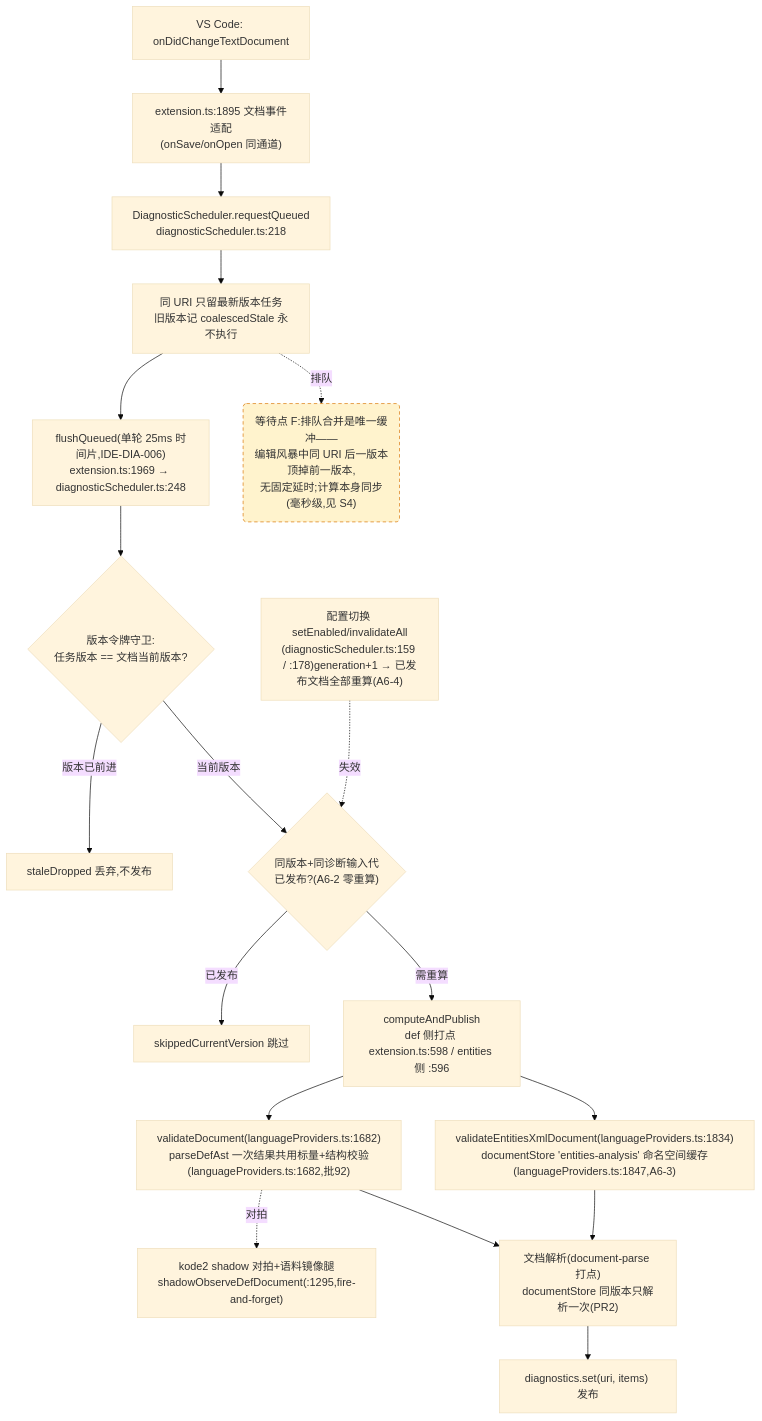
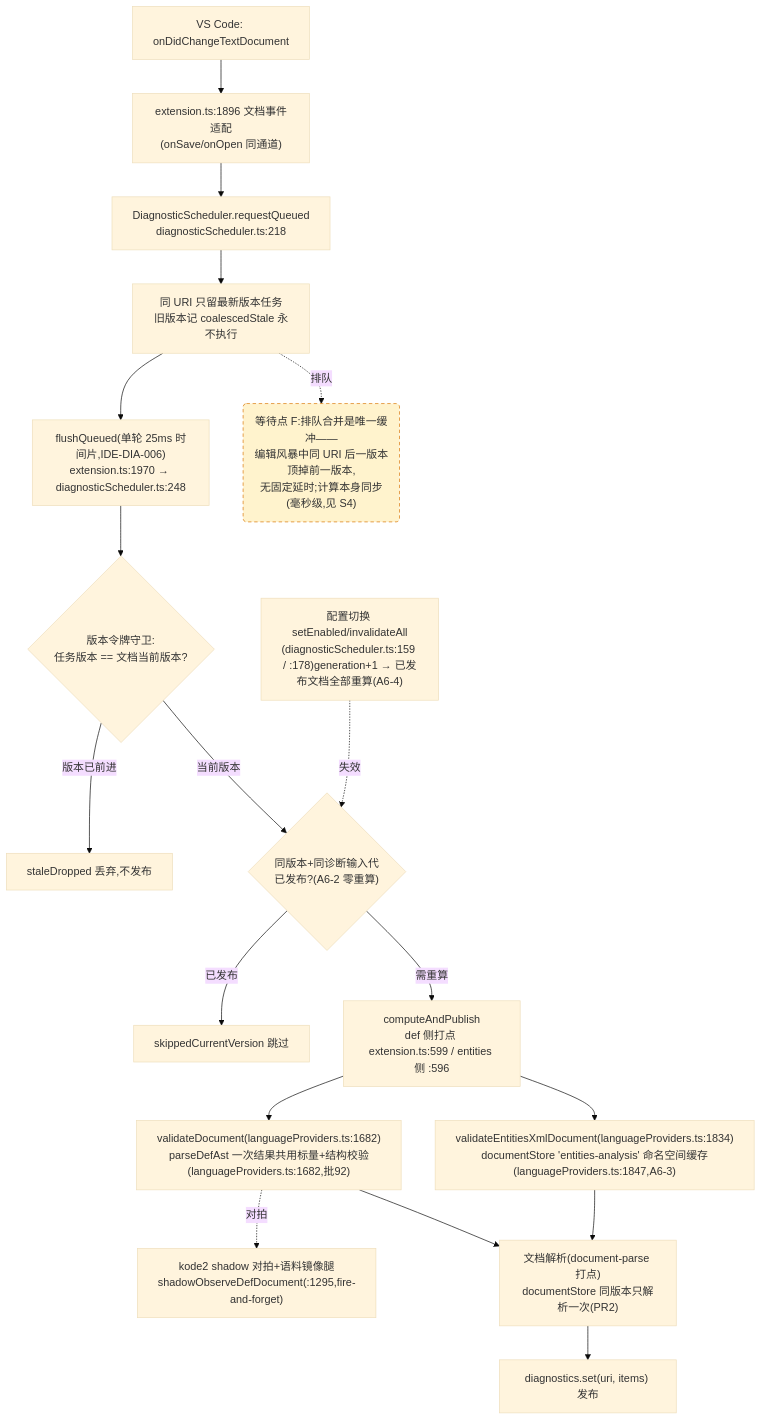
The fourth of 4 diagrams in docs/perf/2026-baseline.md (cuihairu/kode), drawn with Mermaid (base theme) before and after one commit. The commit also changed other lines of this file and 18 other files, not shown here.

````diff
--- a/docs/perf/2026-baseline.md
+++ b/docs/perf/2026-baseline.md
@@ -214,38 +214,38 @@
 ```mermaid
 flowchart TD
   CHG["VS Code: onDidChangeTextDocument"]
-  WATCH["extension.ts:1895 文档事件适配<br/>(onSave/onOpen 同通道)"]
+  WATCH["extension.ts:1896 文档事件适配<br/>(onSave/onOpen 同通道)"]
   RQ["DiagnosticScheduler.requestQueued<br/>diagnosticScheduler.ts:218"]
   CO["同 URI 只留最新版本任务<br/>旧版本记 coalescedStale 永不执行"]
-  FL["flushQueued(单轮 25ms 时间片,IDE-DIA-006)<br/>extension.ts:1969 → diagnosticScheduler.ts:248"]
+  FL["flushQueued(单轮 25ms 时间片,IDE-DIA-006)<br/>extension.ts:1970 → diagnosticScheduler.ts:248"]
   VG{"版本令牌守卫:<br/>任务版本 == 文档当前版本?"}
   DROP["staleDropped 丢弃,不发布"]
   GEN{"同版本+同诊断输入代<br/>已发布?(A6-2 零重算)"}
   SKIP["skippedCurrentVersion 跳过"]
-  CALC["computeAndPublish<br/>def 侧打点 extension.ts:598 / entities 侧 :596"]
+  CALC["computeAndPublish<br/>def 侧打点 extension.ts:599 / entities 侧 :596"]
   VD["validateDocument(languageProviders.ts:1682)<br/>parseDefAst 一次结果共用标量+结构校验(languageProviders.ts:1682,批92)"]
   VEX["validateEntitiesXmlDocument(languageProviders.ts:1834)<br/>documentStore 'entities-analysis' 命名空间缓存(languageProviders.ts:1847,A6-3)"]
   SHDD["kode2 shadow 对拍+语料镜像腿<br/>shadowObserveDefDocument(:1295,fire-and-forget)"]
   DS["文档解析(document-parse 打点)<br/>documentStore 同版本只解析一次(PR2)"]
   PUB["diagnostics.set(uri, items) 发布"]
   CFG2["配置切换 setEnabled/invalidateAll<br/>(diagnosticScheduler.ts:159 / :178)generation+1 → 已发布文档全部重算(A6-4)"]
 
   CHG --> WATCH --> RQ --> CO --> FL --> VG
   VG -- "版本已前进" --> DROP
   VG -- "当前版本" --> GEN
   GEN -- "已发布" --> SKIP
   GEN -- "需重算" --> CALC
   CALC --> VD
   CALC --> VEX
   VD --> DS
   VEX --> DS
   DS --> PUB
   VD -.->|对拍| SHDD
   CFG2 -.->|失效| GEN
 
   WAITF("等待点 F:排队合并是唯一缓冲——<br/>编辑风暴中同 URI 后一版本顶掉前一版本,<br/>无固定延时;计算本身同步(毫秒级,见 S4)")
   CO -.->|排队| WAITF
 
   classDef waitPoint fill:#fff3cd,stroke:#d97706,stroke-dasharray:5 4;
   class WAITF waitPoint;
 ```
````
